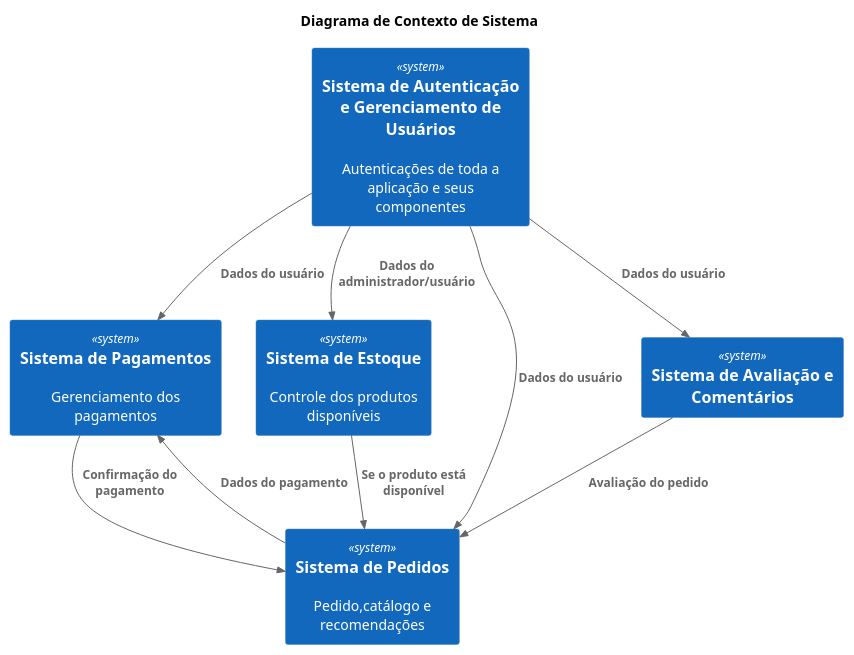
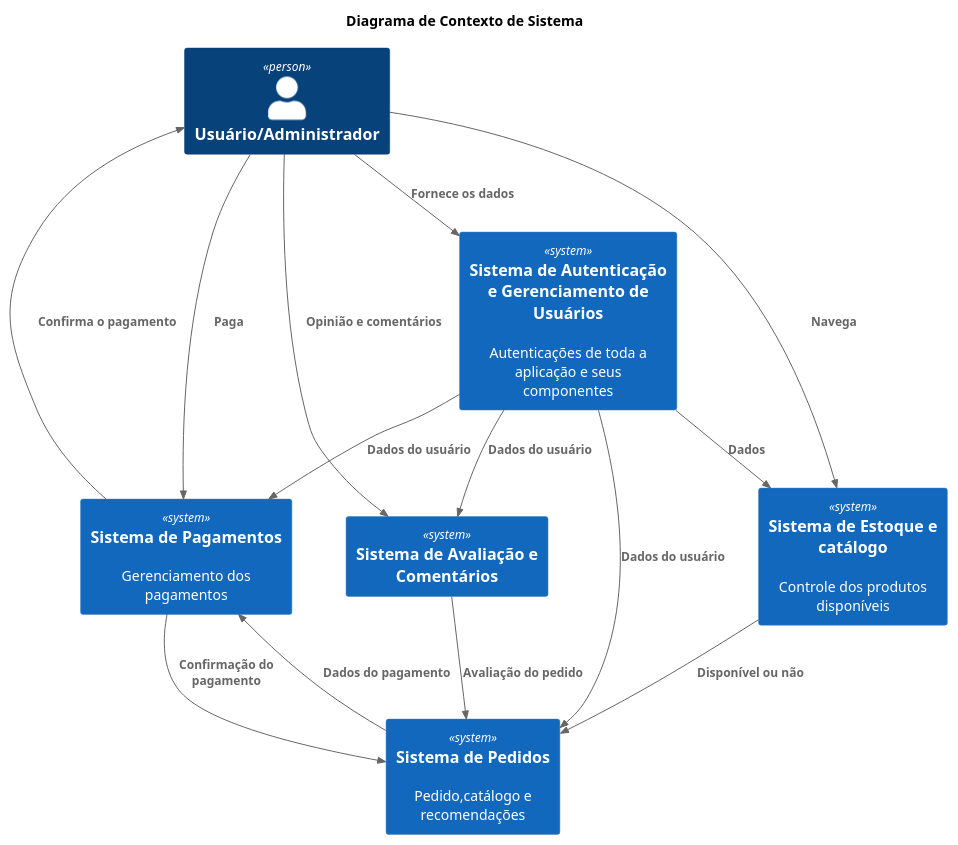
One commit to GustavoST868/C4_Plantuml changed the diagram in Diagrama_Contexto_Systema.plantuml. Above: the diagram before and after it, drawn with PlantUML. The commit also changed 1 other file, not shown here.

```diff
--- a/Diagrama_Contexto_Systema.plantuml
+++ b/Diagrama_Contexto_Systema.plantuml
@@ -1,25 +1,33 @@
 @startuml C4_Elements
 !include https://raw.githubusercontent.com/plantuml-stdlib/C4-PlantUML/master/C4_Container.puml
 
 title Diagrama de Contexto de Sistema
 
+Person(usuario_administrador,"Usuário/Administrador","")
+
 System(autenticacao_gerenciamento, "Sistema de Autenticação e Gerenciamento de Usuários", "Autenticações de toda a aplicação e seus componentes", "")
 System(pagamentos, "Sistema de Pagamentos", "Gerenciamento dos pagamentos", "")
-System(estoque, "Sistema de Estoque", "Controle dos produtos disponíveis", "")
+System(estoque, "Sistema de Estoque e catálogo", "Controle dos produtos disponíveis", "")
 System(pedidos, "Sistema de Pedidos", "Pedido,catálogo e recomendações", "")
 System(avaliacao_comentarios, "Sistema de Avaliação e Comentários", "", "")
 
 
 Rel(autenticacao_gerenciamento,pedidos,"Dados do usuário","")
 Rel(autenticacao_gerenciamento,pagamentos,"Dados do usuário","")
 Rel(autenticacao_gerenciamento,avaliacao_comentarios,"Dados do usuário","")
-Rel(autenticacao_gerenciamento,estoque,"Dados do administrador/usuário","")
+Rel(autenticacao_gerenciamento,estoque,"Dados","")
 Rel(avaliacao_comentarios,pedidos,"Avaliação do pedido","")
+
+Rel(usuario_administrador,estoque,"Navega")
+Rel(usuario_administrador,pagamentos,"Paga","")
+Rel(pagamentos,usuario_administrador,"Confirma o pagamento","")
+Rel(usuario_administrador,autenticacao_gerenciamento,"Fornece os dados","")
+Rel(usuario_administrador,avaliacao_comentarios,"Opinião e comentários","")
 
 
 Rel(pedidos,pagamentos,"Dados do pagamento","")
 Rel(pagamentos,pedidos,"Confirmação do pagamento","")
 
-Rel(estoque,pedidos,"Se o produto está disponível","")
+Rel(estoque,pedidos,"Disponível ou não","")
 
 @enduml
```
